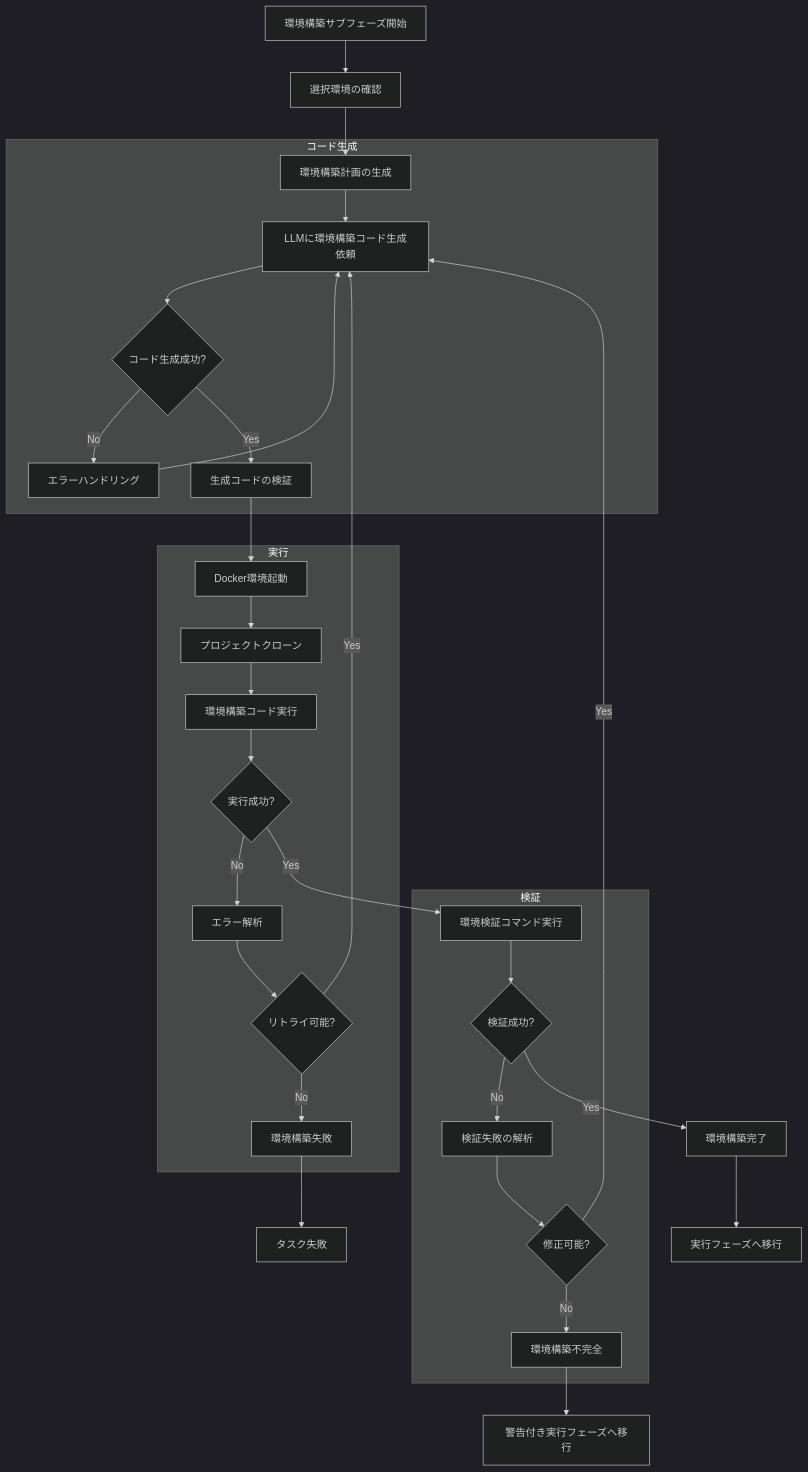
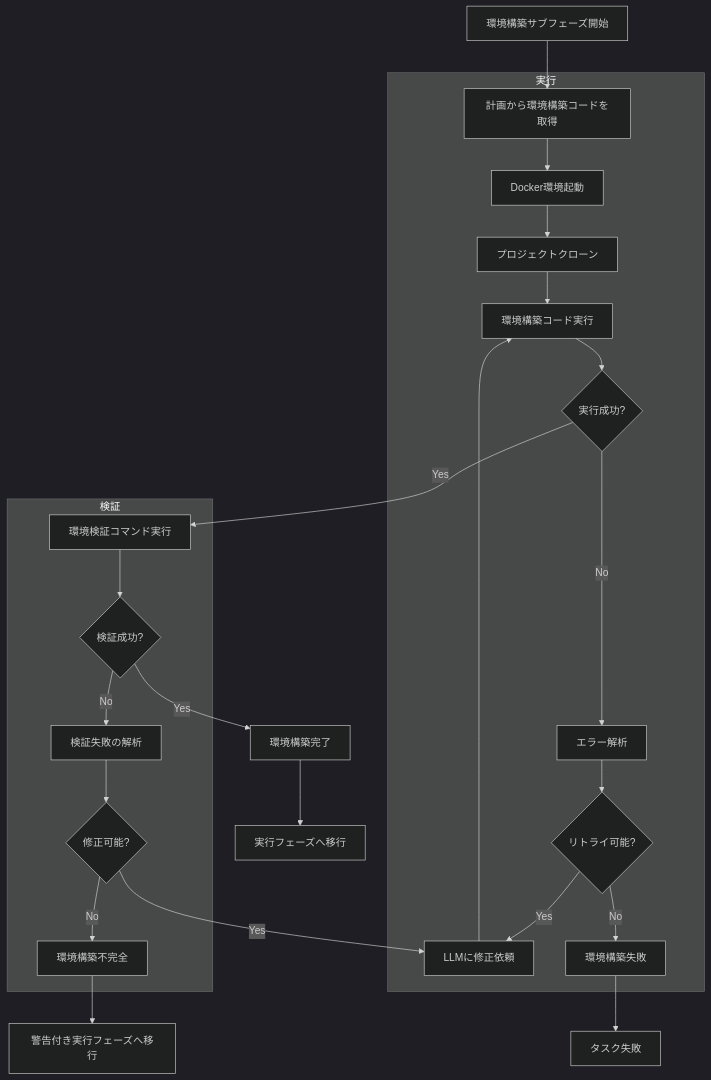
The third of 3 diagrams in docs/spec/ENVIRONMENT_SETUP_IN_PLANNING_SPECIFICATION.md (notfolder/coding_agent), drawn with Mermaid (dark theme) before and after one commit. The commit also changed other lines of this file, not shown here.

````diff
--- a/docs/spec/ENVIRONMENT_SETUP_IN_PLANNING_SPECIFICATION.md
+++ b/docs/spec/ENVIRONMENT_SETUP_IN_PLANNING_SPECIFICATION.md
@@ -370,39 +421,31 @@
 ```mermaid
 flowchart TD
-    A[環境構築サブフェーズ開始] --> B[選択環境の確認]
-    B --> C[環境構築計画の生成]
-    
-    subgraph CodeGeneration[コード生成]
-        C --> D[LLMに環境構築コード生成依頼]
-        D --> E{コード生成成功?}
-        E -->|No| F[エラーハンドリング]
-        F --> D
-        E -->|Yes| G[生成コードの検証]
-    end
+    A[環境構築サブフェーズ開始] --> B[計画から環境構築コードを取得]
     
     subgraph Execution[実行]
-        G --> H[Docker環境起動]
-        H --> I[プロジェクトクローン]
-        I --> J[環境構築コード実行]
-        J --> K{実行成功?}
-        K -->|No| L[エラー解析]
-        L --> M{リトライ可能?}
-        M -->|Yes| D
-        M -->|No| N[環境構築失敗]
+        B --> C[Docker環境起動]
+        C --> D[プロジェクトクローン]
+        D --> E[環境構築コード実行]
+        E --> F{実行成功?}
+        F -->|No| G[エラー解析]
+        G --> H{リトライ可能?}
+        H -->|Yes| I[LLMに修正依頼]
+        I --> E
+        H -->|No| J[環境構築失敗]
     end
     
     subgraph Verification[検証]
-        K -->|Yes| O[環境検証コマンド実行]
-        O --> P{検証成功?}
-        P -->|No| Q[検証失敗の解析]
-        Q --> R{修正可能?}
-        R -->|Yes| D
-        R -->|No| S[環境構築不完全]
+        F -->|Yes| K[環境検証コマンド実行]
+        K --> L{検証成功?}
+        L -->|No| M[検証失敗の解析]
+        M --> N{修正可能?}
+        N -->|Yes| I
+        N -->|No| O[環境構築不完全]
     end
     
-    P -->|Yes| T[環境構築完了]
-    T --> U[実行フェーズへ移行]
+    L -->|Yes| P[環境構築完了]
+    P --> Q[実行フェーズへ移行]
     
-    N --> V[タスク失敗]
-    S --> W[警告付き実行フェーズへ移行]
+    J --> R[タスク失敗]
+    O --> S[警告付き実行フェーズへ移行]
 ```
````
